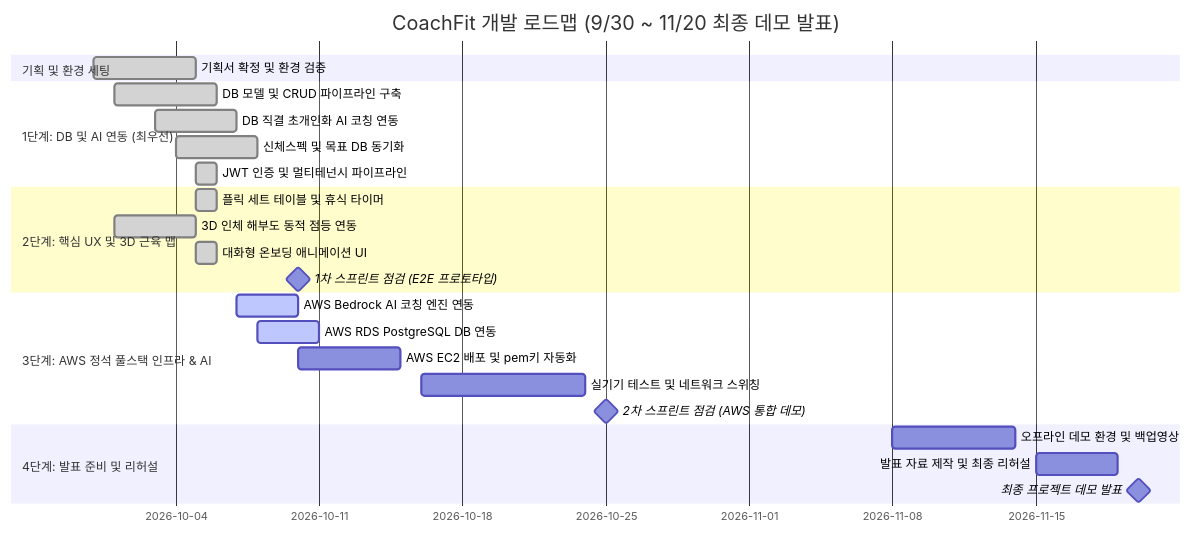
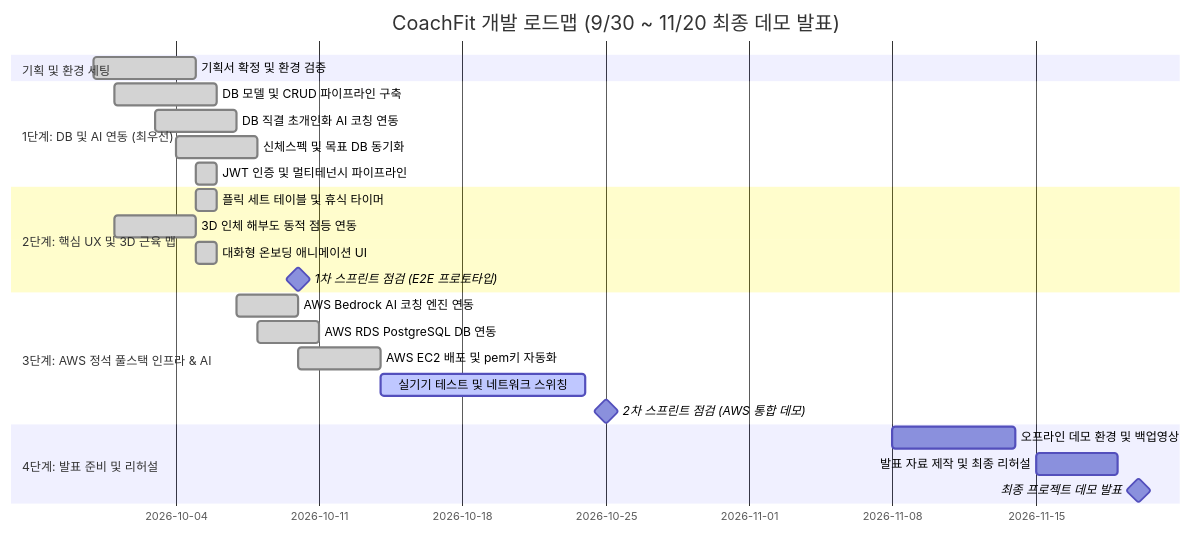
Before and after one commit to kang3019/coach-fit: the diagram in docs/wbs.md, drawn with Mermaid. The commit also changed other lines of this file and 1 other file, not shown here.

Commit message:
docs(WBS): EC2 pem 키 검증 및 GitHub Actions·SCP 배포 파이프라인 진행 내역 반영

````diff
--- a/docs/wbs.md
+++ b/docs/wbs.md
@@ -12,27 +12,27 @@
 ```mermaid
 gantt
     title CoachFit 개발 로드맵 (9/30 ~ 11/20 최종 데모 발표)
     dateFormat  YYYY-MM-DD
     section 기획 및 환경 세팅
     기획서 확정 및 환경 검증       :done, des1, 2026-09-30, 2026-10-05
     section 1단계: DB 및 AI 연동 (최우선)
     DB 모델 및 CRUD 파이프라인 구축 :done, dev1, 2026-10-01, 2026-10-06
     DB 직결 초개인화 AI 코칭 연동   :done, dev2, 2026-10-03, 2026-10-07
     신체스펙 및 목표 DB 동기화      :done, dev3, 2026-10-04, 2026-10-08
     JWT 인증 및 멀티테넌시 파이프라인:done, dev3_1, 2026-10-05, 2026-10-06
     section 2단계: 핵심 UX 및 3D 근육 맵
     플릭 세트 테이블 및 휴식 타이머 :done, dev4, 2026-10-05, 2026-10-06
     3D 인체 해부도 동적 점등 연동    :done, dev5, 2026-10-01, 2026-10-05
     대화형 온보딩 애니메이션 UI     :done, dev5_1, 2026-10-05, 2026-10-06
     1차 스프린트 점검 (E2E 프로토타입) :milestone, m1, 2026-10-10, 0d
     section 3단계: AWS 정석 풀스택 인프라 & AI
-    AWS Bedrock AI 코칭 엔진 연동   :active, dev6_1, 2026-10-07, 2026-10-10
-    AWS RDS PostgreSQL DB 연동      :active, dev6_2, 2026-10-08, 2026-10-11
-    AWS EC2 배포 및 pem키 자동화    :dev6_3, 2026-10-10, 2026-10-15
-    실기기 테스트 및 네트워크 스위칭 :dev6, 2026-10-16, 2026-10-24
+    AWS Bedrock AI 코칭 엔진 연동   :done, dev6_1, 2026-10-07, 2026-10-10
+    AWS RDS PostgreSQL DB 연동      :done, dev6_2, 2026-10-08, 2026-10-11
+    AWS EC2 배포 및 pem키 자동화    :done, dev6_3, 2026-10-10, 2026-10-14
+    실기기 테스트 및 네트워크 스위칭 :active, dev6, 2026-10-14, 2026-10-24
     2차 스프린트 점검 (AWS 통합 데모) :milestone, m2, 2026-10-25, 0d
     section 4단계: 발표 준비 및 리허설
     오프라인 데모 환경 및 백업영상    :doc1, 2026-11-08, 2026-11-14
     발표 자료 제작 및 최종 리허설     :doc2, 2026-11-15, 2026-11-19
     최종 프로젝트 데모 발표          :milestone, m3, 2026-11-20, 0d
 ```
````
